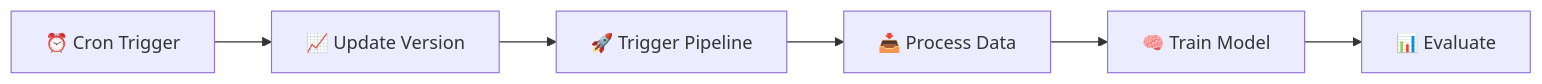
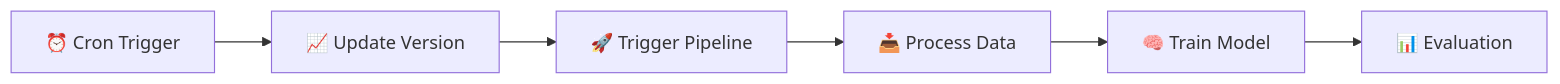
The first of 2 diagrams in README.md (DataScientest-Studio/sep24_bmlops_int_reco_films), drawn with Mermaid before and after one commit. The commit also changed other lines of this file, not shown here.

````diff
--- a/README.md
+++ b/README.md
@@ -61,8 +61,8 @@
 ```mermaid
 graph LR
     A[⏰ Cron Trigger] --> B[📈 Update Version]
     B --> C[🚀 Trigger Pipeline]
     C --> D[📥 Process Data]
     D --> E[🧠 Train Model]
-    E --> F[📊 Evaluate]
+    E --> F[📊 Evaluation]
 ```
````
